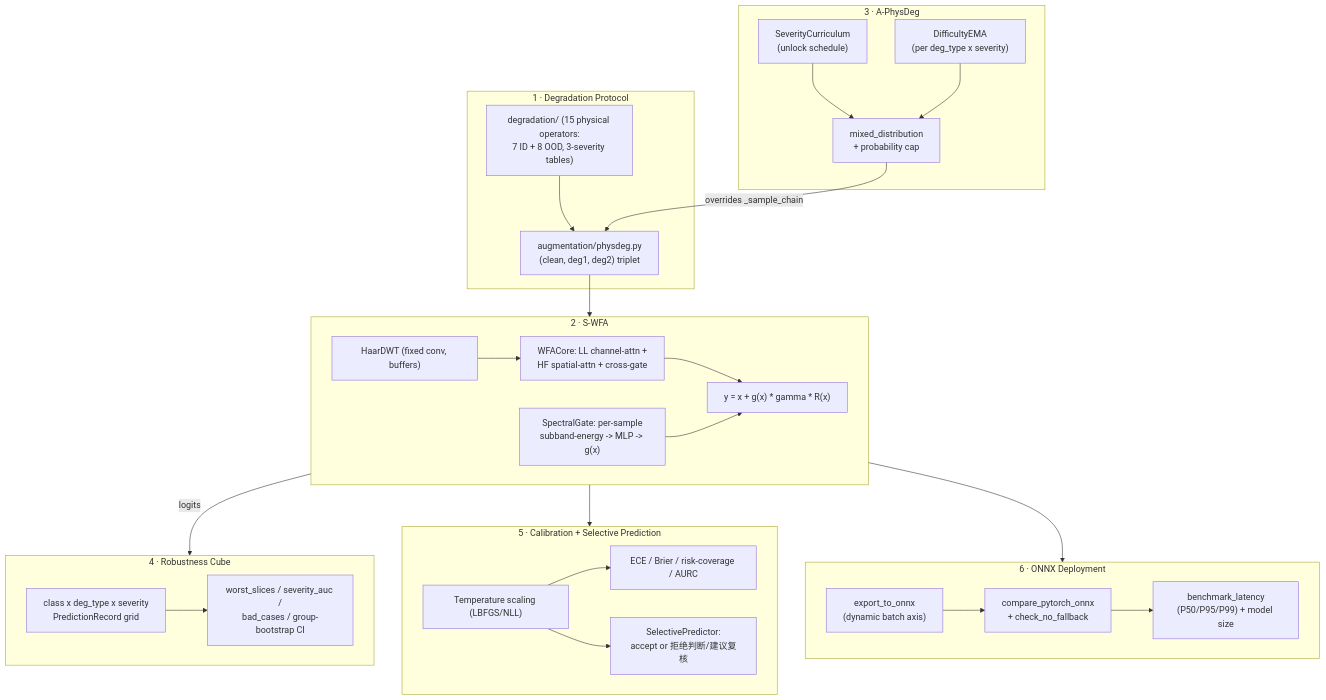
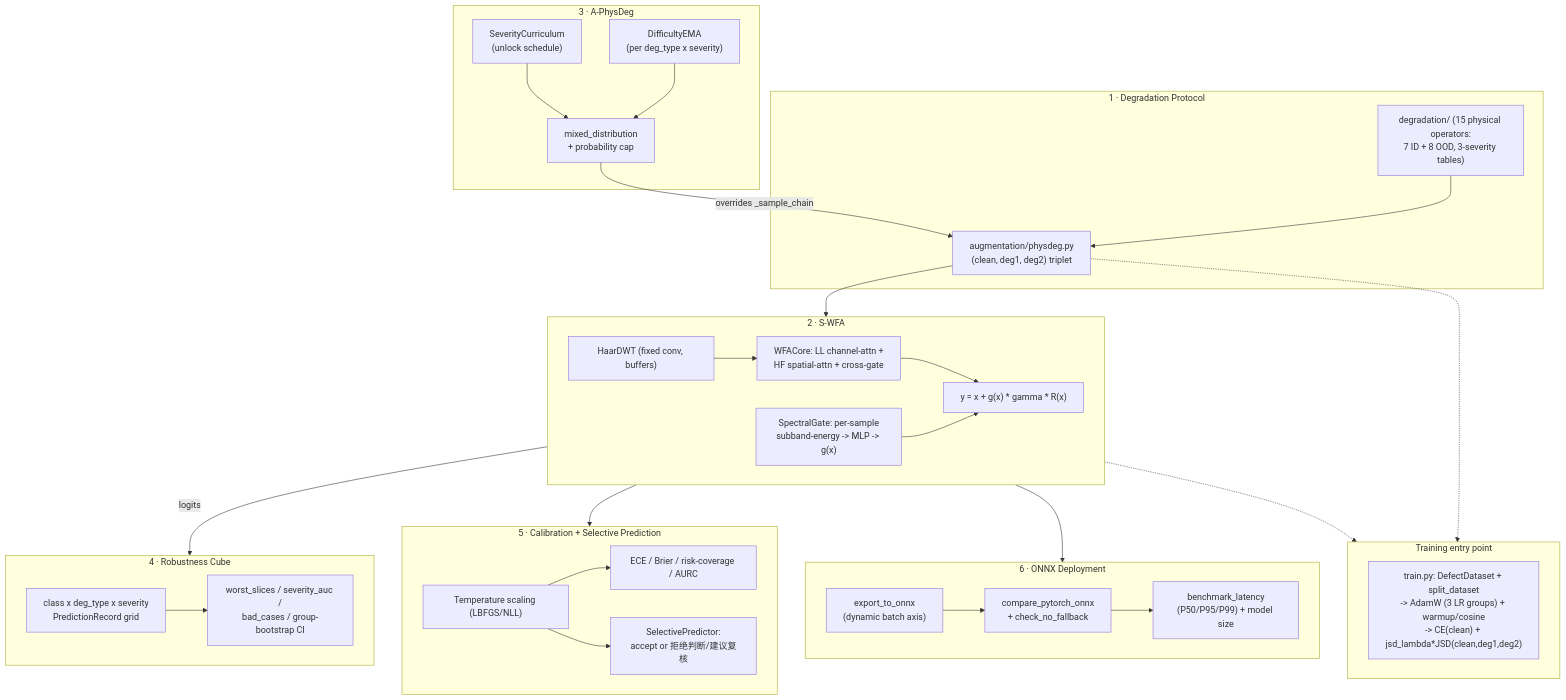
The diagram in README.md (z8ri/vision-robustness-toolkit), drawn with Mermaid before and after one commit. The commit also changed other lines of this file and 4 other files, not shown here.

````diff
--- a/README.md
+++ b/README.md
@@ -36,54 +49,61 @@
 ```mermaid
 flowchart TB
     subgraph Data["1 · Degradation Protocol"]
         DP["degradation/ (15 physical operators:<br/>7 ID + 8 OOD, 3-severity tables)"]
         PD["augmentation/physdeg.py<br/>(clean, deg1, deg2) triplet"]
         DP --> PD
     end
 
     subgraph Curriculum["3 · A-PhysDeg"]
         C1["SeverityCurriculum<br/>(unlock schedule)"]
         C2["DifficultyEMA<br/>(per deg_type x severity)"]
         C3["mixed_distribution<br/>+ probability cap"]
         C1 --> C3
         C2 --> C3
         C3 -->|overrides _sample_chain| PD
     end
 
     subgraph Model["2 · S-WFA"]
         M1["HaarDWT (fixed conv, buffers)"]
         M2["WFACore: LL channel-attn +<br/>HF spatial-attn + cross-gate"]
         M3["SpectralGate: per-sample<br/>subband-energy -> MLP -> g(x)"]
         M4["y = x + g(x) * gamma * R(x)"]
         M1 --> M2 --> M4
         M3 --> M4
     end
 
     PD --> Model
     Model -->|"logits"| Eval
 
     subgraph Eval["4 · Robustness Cube"]
         E1["class x deg_type x severity<br/>PredictionRecord grid"]
         E2["worst_slices / severity_auc /<br/>bad_cases / group-bootstrap CI"]
         E1 --> E2
     end
 
     subgraph Calib["5 · Calibration + Selective Prediction"]
         S1["Temperature scaling (LBFGS/NLL)"]
         S2["ECE / Brier / risk-coverage / AURC"]
         S3["SelectivePredictor:<br/>accept or 拒绝判断/建议复核"]
         S1 --> S2
         S1 --> S3
     end
 
     Model --> Calib
 
     subgraph Deploy["6 · ONNX Deployment"]
         D1["export_to_onnx<br/>(dynamic batch axis)"]
         D2["compare_pytorch_onnx<br/>+ check_no_fallback"]
         D3["benchmark_latency<br/>(P50/P95/P99) + model size"]
         D1 --> D2 --> D3
     end
 
     Model --> Deploy
+
+    subgraph Train["Training entry point"]
+        T1["train.py: DefectDataset + split_dataset<br/>-> AdamW (3 LR groups) + warmup/cosine<br/>-> CE(clean) + jsd_lambda*JSD(clean,deg1,deg2)"]
+    end
+
+    PD -.-> Train
+    Model -.-> Train
 ```
````
